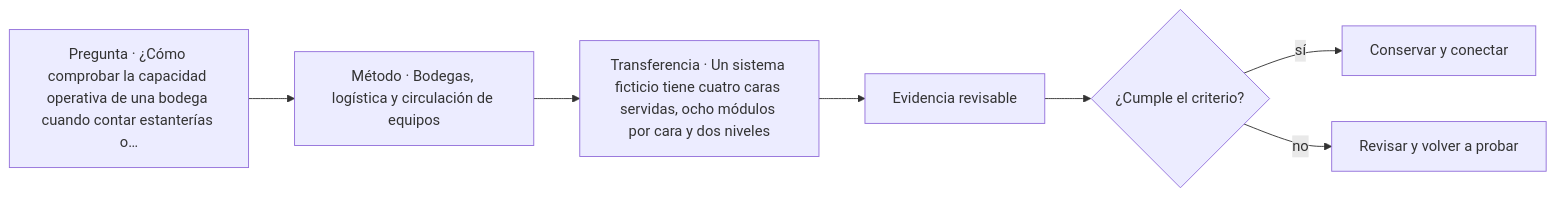
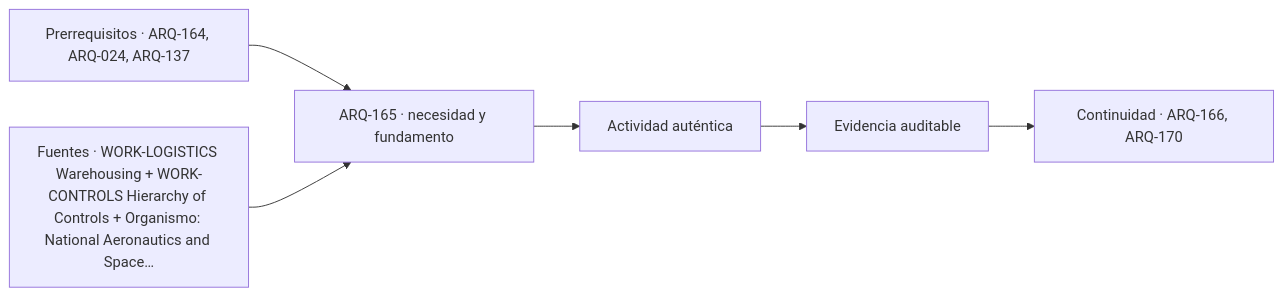
Before and after one commit to vladimiracunadev-create/architecture-built-environment-learning-program: the diagram in classes/parte-17/ARQ-165.md, drawn with Mermaid. The commit also changed other lines of this file and 761 other files, not shown here.

````diff
--- a/classes/parte-17/ARQ-165.md
+++ b/classes/parte-17/ARQ-165.md
@@ -114,9 +126,8 @@
 ```mermaid
 flowchart LR
-    Q["Pregunta · ¿Cómo comprobar la capacidad operativa de una bodega cuando contar estanterías o…"] --> M["Método · Bodegas, logística y circulación de equipos"]
-    M --> P["Transferencia · Un sistema ficticio tiene cuatro caras servidas, ocho módulos por cara y dos niveles"]
-    P --> E["Evidencia revisable"]
-    E --> C{"¿Cumple el criterio?"}
-    C -->|sí| T["Conservar y conectar"]
-    C -->|no| R["Revisar y volver a probar"]
+    A["Prerrequisitos · ARQ-164, ARQ-024, ARQ-137"] --> B["ARQ-165 · necesidad y fundamento"]
+    S["Fuentes · WORK-LOGISTICS Warehousing + WORK-CONTROLS Hierarchy of Controls + Organismo: National Aeronautics and Space…"] --> B
+    B --> C["Actividad auténtica"]
+    C --> D["Evidencia auditable"]
+    D --> E["Continuidad · ARQ-166, ARQ-170"]
 ```
````
